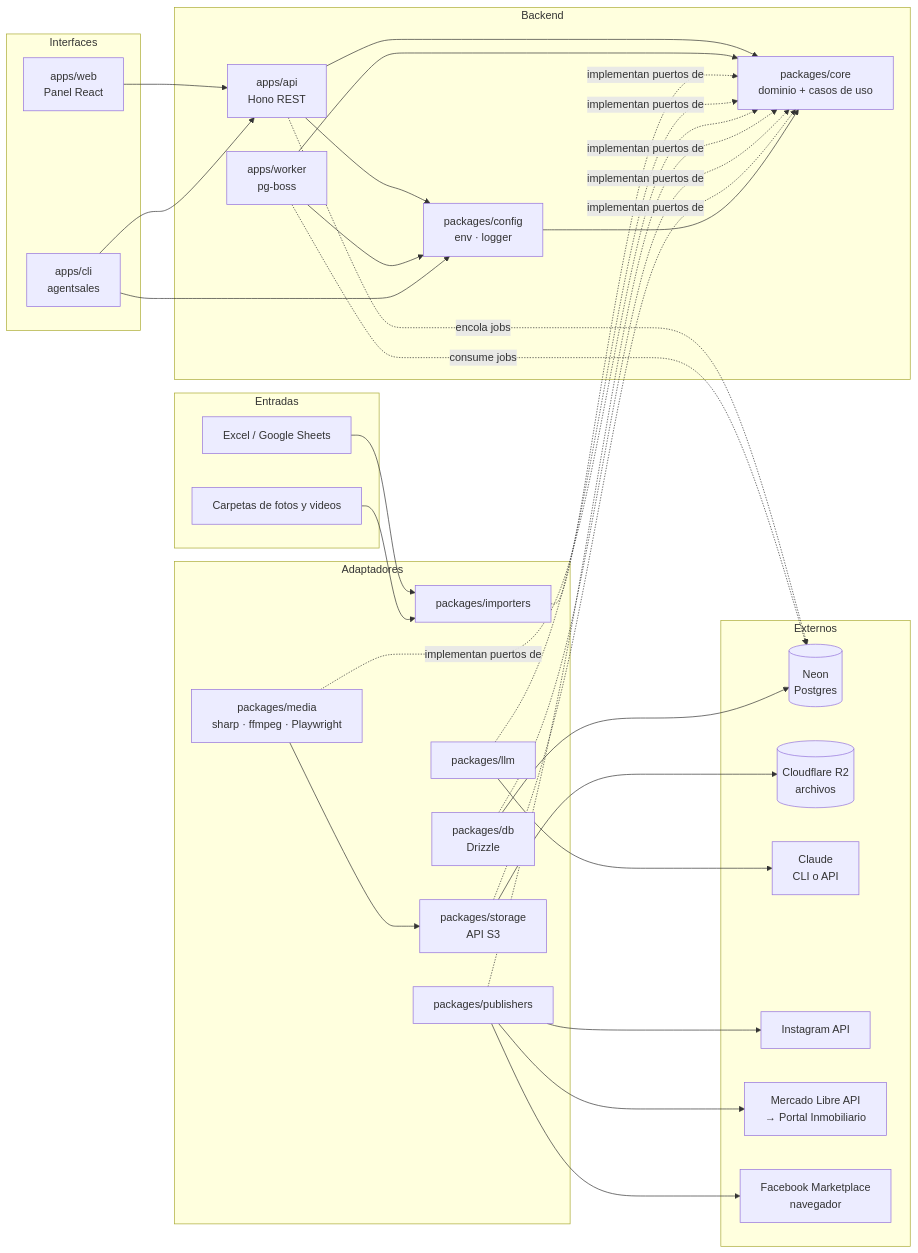
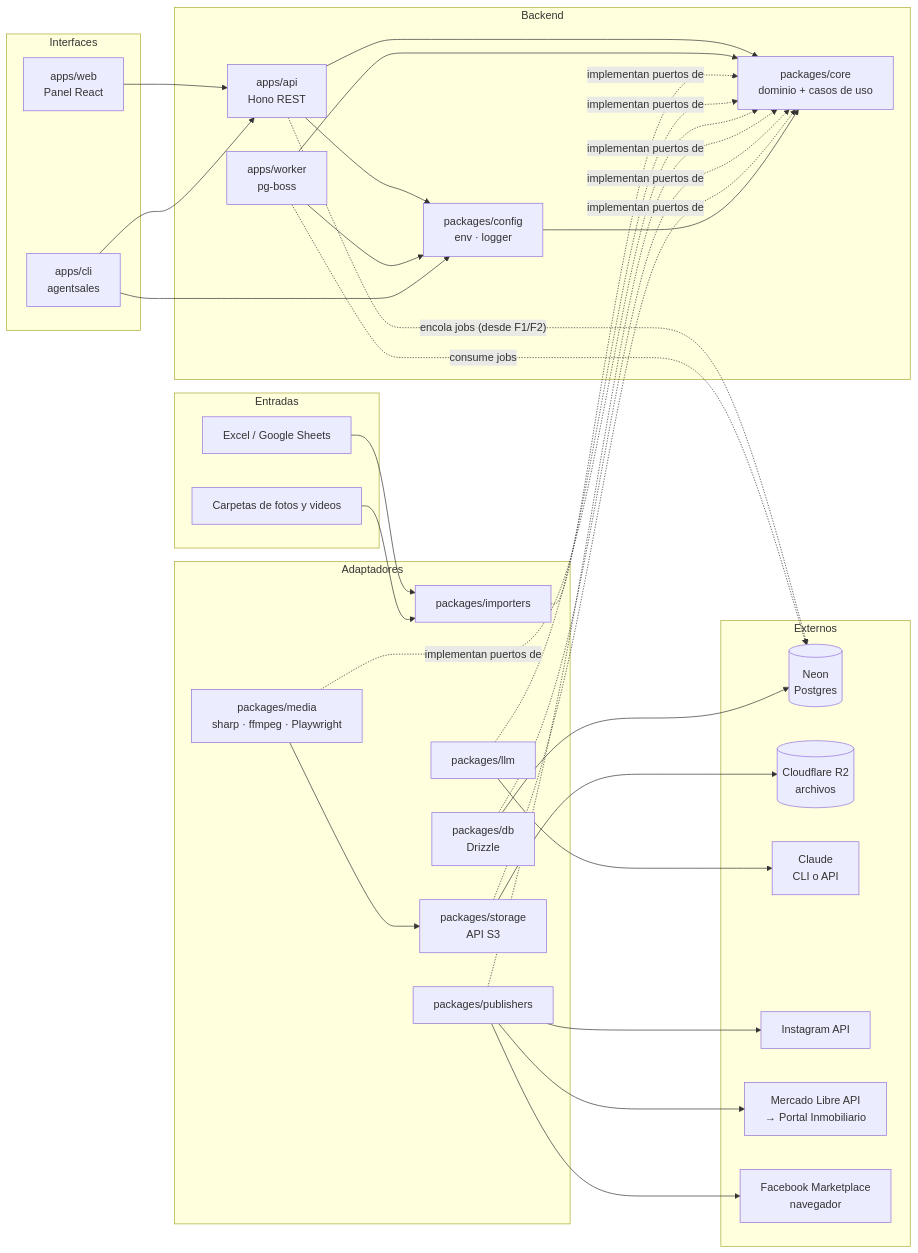
Before and after one commit to vicentewolde/AgentSales: the first of 2 diagrams in docs/01-arquitectura.md, drawn with Mermaid. The commit also changed other lines of this file and 16 other files, not shown here.

````diff
--- a/docs/01-arquitectura.md
+++ b/docs/01-arquitectura.md
@@ -5,54 +5,54 @@
 ```mermaid
 flowchart LR
   subgraph Entradas
     XLSX[Excel / Google Sheets]
     MED[Carpetas de fotos y videos]
   end
 
   subgraph Interfaces
     WEB[apps/web<br/>Panel React]
     CLI[apps/cli<br/>agentsales]
   end
 
   subgraph Backend
     API[apps/api<br/>Hono REST]
     WRK[apps/worker<br/>pg-boss]
     CORE[packages/core<br/>dominio + casos de uso]
     CFG[packages/config<br/>env · logger]
   end
 
   subgraph Adaptadores
     IMP[packages/importers]
     LLM[packages/llm]
     MEDIA[packages/media<br/>sharp · ffmpeg · Playwright]
     PUB[packages/publishers]
     DB[packages/db<br/>Drizzle]
     STO[packages/storage<br/>API S3]
   end
 
   subgraph Externos
     NEON[(Neon<br/>Postgres)]
     R2[(Cloudflare R2<br/>archivos)]
     CL[Claude<br/>CLI o API]
     IG[Instagram API]
     ML[Mercado Libre API<br/>→ Portal Inmobiliario]
     FB[Facebook Marketplace<br/>navegador]
   end
 
   XLSX --> IMP
   MED --> IMP
   WEB --> API
   CLI --> API
   API --> CORE
   WRK --> CORE
   IMP & LLM & MEDIA & PUB & DB & STO -. implementan puertos de .-> CORE
   API & WRK & CLI --> CFG
   CFG --> CORE
   DB --> NEON
   STO --> R2
   MEDIA --> STO
   LLM --> CL
   PUB --> IG & ML & FB
-  API -. encola jobs .-> NEON
+  API -. encola jobs (desde F1/F2) .-> NEON
   WRK -. consume jobs .-> NEON
 ```
````
